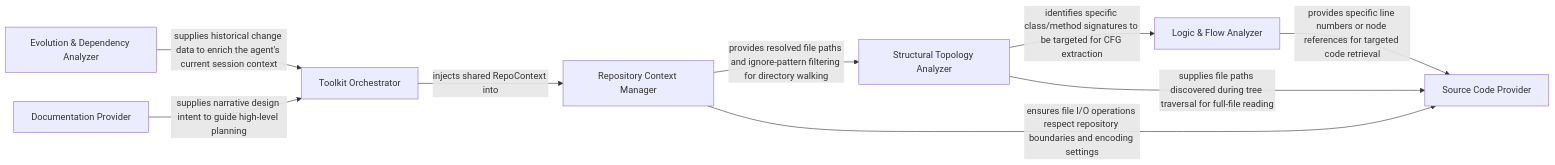
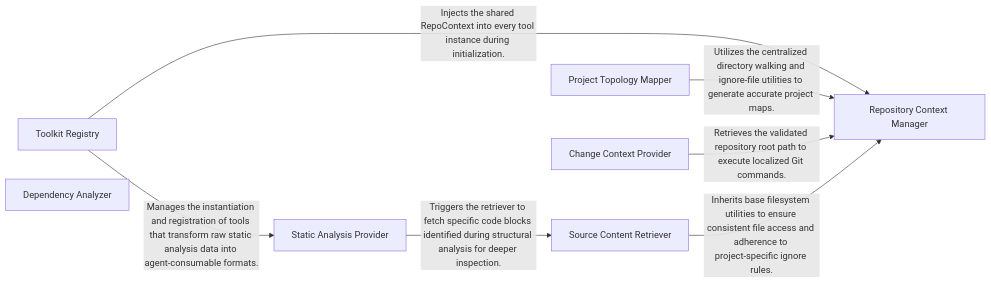
One commit to CodeBoarding/CodeBoarding changed the diagram in .codeboarding/Agent_Tooling_Interface.md. Above: the diagram before and after it, drawn with Mermaid. The commit also changed other lines of this file and 7 other files, not shown here.

````diff
--- a/.codeboarding/Agent_Tooling_Interface.md
+++ b/.codeboarding/Agent_Tooling_Interface.md
@@ -1,18 +1,16 @@
 ```mermaid
 graph LR
-    Toolkit_Orchestrator["Toolkit Orchestrator"]
+    Toolkit_Registry["Toolkit Registry"]
     Repository_Context_Manager["Repository Context Manager"]
-    Structural_Topology_Analyzer["Structural Topology Analyzer"]
-    Logic_Flow_Analyzer["Logic & Flow Analyzer"]
-    Source_Code_Provider["Source Code Provider"]
-    Evolution_Dependency_Analyzer["Evolution & Dependency Analyzer"]
-    Documentation_Provider["Documentation Provider"]
-    Toolkit_Orchestrator -- "injects shared RepoContext into" --> Repository_Context_Manager
-    Repository_Context_Manager -- "provides resolved file paths and ignore‑pattern filtering for directory walking" --> Structural_Topology_Analyzer
-    Structural_Topology_Analyzer -- "identifies specific class/method signatures to be targeted for CFG extraction" --> Logic_Flow_Analyzer
-    Logic_Flow_Analyzer -- "provides specific line numbers or node references for targeted code retrieval" --> Source_Code_Provider
-    Structural_Topology_Analyzer -- "supplies file paths discovered during tree traversal for full‑file reading" --> Source_Code_Provider
-    Evolution_Dependency_Analyzer -- "supplies historical change data to enrich the agent's current session context" --> Toolkit_Orchestrator
-    Documentation_Provider -- "supplies narrative design intent to guide high‑level planning" --> Toolkit_Orchestrator
-    Repository_Context_Manager -- "ensures file I/O operations respect repository boundaries and encoding settings" --> Source_Code_Provider
+    Static_Analysis_Provider["Static Analysis Provider"]
+    Source_Content_Retriever["Source Content Retriever"]
+    Project_Topology_Mapper["Project Topology Mapper"]
+    Change_Context_Provider["Change Context Provider"]
+    Dependency_Analyzer["Dependency Analyzer"]
+    Toolkit_Registry -- "Injects the shared RepoContext into every tool instance during initialization." --> Repository_Context_Manager
+    Static_Analysis_Provider -- "Triggers the retriever to fetch specific code blocks identified during structural analysis for deeper inspection." --> Source_Content_Retriever
+    Project_Topology_Mapper -- "Utilizes the centralized directory walking and ignore‑file utilities to generate accurate project maps." --> Repository_Context_Manager
+    Change_Context_Provider -- "Retrieves the validated repository root path to execute localized Git commands." --> Repository_Context_Manager
+    Source_Content_Retriever -- "Inherits base filesystem utilities to ensure consistent file access and adherence to project‑specific ignore rules." --> Repository_Context_Manager
+    Toolkit_Registry -- "Manages the instantiation and registration of tools that transform raw static analysis data into agent‑consumable formats." --> Static_Analysis_Provider
 ```
````
